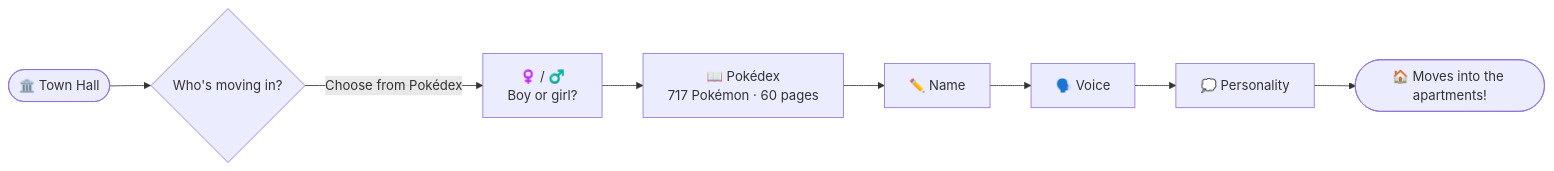
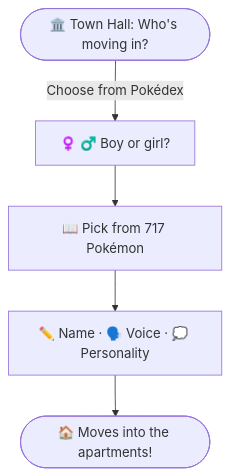
The first of 2 diagrams in README.md (radhepa/Pokedachi-Life), drawn with Mermaid before and after one commit. The commit also changed 1 other file, not shown here.

Commit message:
README: readable move-in flowchart, transparent gallery

````diff
--- a/README.md
+++ b/README.md
@@ -49,10 +49,7 @@
 ```mermaid
-flowchart LR
-    A(["🏛️ Town Hall"]) --> B{"Who's moving in?"}
-    B -->|"Choose from Pokédex"| C["♀️ / ♂️<br/>Boy or girl?"]
-    C --> D["📖 Pokédex<br/>717 Pokémon · 60 pages"]
-    D --> E["✏️ Name"]
-    E --> F["🗣️ Voice"]
-    F --> G["💭 Personality"]
-    G --> H(["🏠 Moves into the apartments!"])
+flowchart TD
+    A(["🏛️ Town Hall: Who's moving in?"]) -->|"Choose from Pokédex"| C["♀️ ♂️ Boy or girl?"]
+    C --> D["📖 Pick from 717 Pokémon"]
+    D --> E["✏️ Name · 🗣️ Voice · 💭 Personality"]
+    E --> H(["🏠 Moves into the apartments!"])
 ```
````
